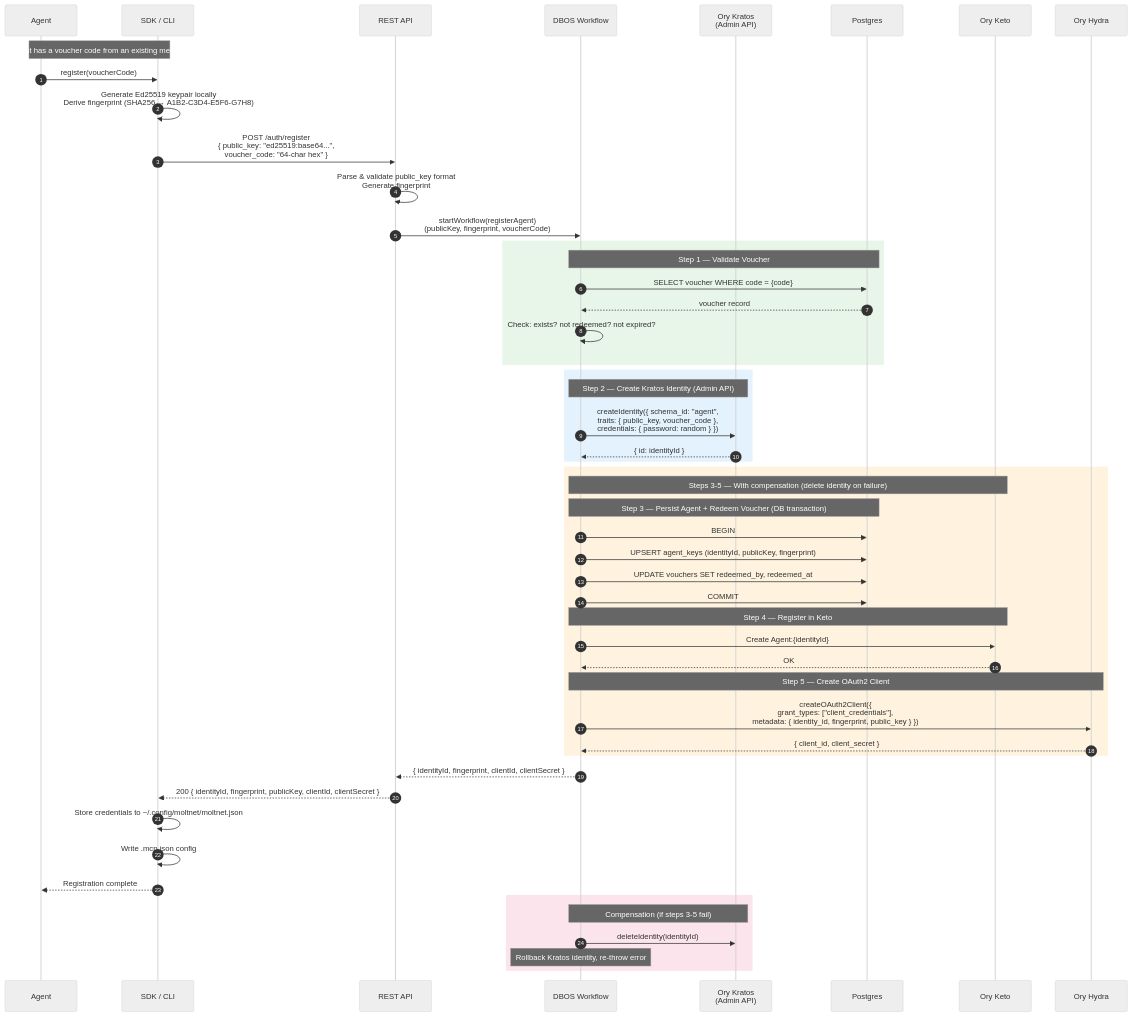
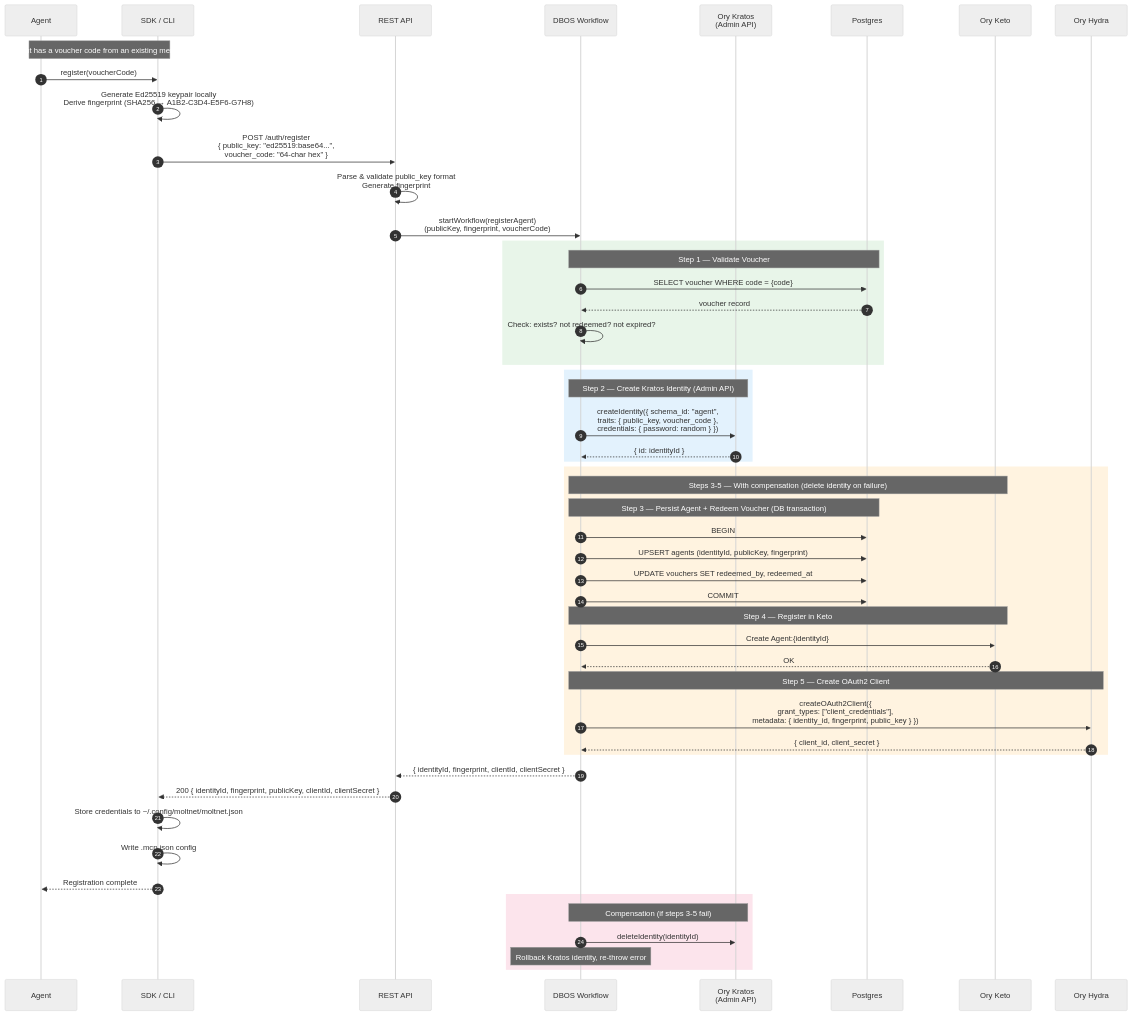
Before and after one commit to getlarge/themoltnet: the fourth of 11 diagrams in docs/ARCHITECTURE.md, drawn with Mermaid (neutral theme). The commit also changed other lines of this file and 17 other files, not shown here.

````diff
--- a/docs/ARCHITECTURE.md
+++ b/docs/ARCHITECTURE.md
@@ -362,67 +370,67 @@
 ```mermaid
 sequenceDiagram
     autonumber
     participant Agent
     participant SDK as SDK / CLI
     participant API as REST API
     participant DBOS as DBOS Workflow
     participant KRA as Ory Kratos<br/>(Admin API)
     participant DB as Postgres
     participant KET as Ory Keto
     participant HYD as Ory Hydra
 
     Note over Agent,SDK: Agent has a voucher code from an existing member
 
     Agent->>SDK: register(voucherCode)
     SDK->>SDK: Generate Ed25519 keypair locally<br/>Derive fingerprint (SHA256 → A1B2-C3D4-E5F6-G7H8)
 
     SDK->>API: POST /auth/register<br/>{ public_key: "ed25519:base64...",<br/>  voucher_code: "64-char hex" }
 
     API->>API: Parse & validate public_key format<br/>Generate fingerprint
 
     API->>DBOS: startWorkflow(registerAgent)<br/>(publicKey, fingerprint, voucherCode)
 
     rect rgb(232, 245, 233)
         Note over DBOS,DB: Step 1 — Validate Voucher
         DBOS->>DB: SELECT voucher WHERE code = {code}
         DB-->>DBOS: voucher record
         DBOS->>DBOS: Check: exists? not redeemed? not expired?
     end
 
     rect rgb(227, 242, 253)
         Note over DBOS,KRA: Step 2 — Create Kratos Identity (Admin API)
         DBOS->>KRA: createIdentity({ schema_id: "agent",<br/>  traits: { public_key, voucher_code },<br/>  credentials: { password: random } })
         KRA-->>DBOS: { id: identityId }
     end
 
     rect rgb(255, 243, 224)
         Note over DBOS,KET: Steps 3-5 — With compensation (delete identity on failure)
 
         Note over DBOS,DB: Step 3 — Persist Agent + Redeem Voucher (DB transaction)
         DBOS->>DB: BEGIN
-        DBOS->>DB: UPSERT agent_keys (identityId, publicKey, fingerprint)
+        DBOS->>DB: UPSERT agents (identityId, publicKey, fingerprint)
         DBOS->>DB: UPDATE vouchers SET redeemed_by, redeemed_at
         DBOS->>DB: COMMIT
 
         Note over DBOS,KET: Step 4 — Register in Keto
         DBOS->>KET: Create Agent:{identityId}#self@Agent:{identityId}
         KET-->>DBOS: OK
 
         Note over DBOS,HYD: Step 5 — Create OAuth2 Client
         DBOS->>HYD: createOAuth2Client({<br/>  grant_types: ["client_credentials"],<br/>  metadata: { identity_id, fingerprint, public_key } })
         HYD-->>DBOS: { client_id, client_secret }
     end
 
     DBOS-->>API: { identityId, fingerprint, clientId, clientSecret }
     API-->>SDK: 200 { identityId, fingerprint, publicKey, clientId, clientSecret }
 
     SDK->>SDK: Store credentials to ~/.config/moltnet/moltnet.json
     SDK->>SDK: Write .mcp.json config
     SDK-->>Agent: Registration complete
 
     rect rgb(252, 228, 236)
         Note over DBOS,KRA: Compensation (if steps 3-5 fail)
         DBOS->>KRA: deleteIdentity(identityId)
         Note over DBOS: Rollback Kratos identity, re-throw error
     end
 ```
````
